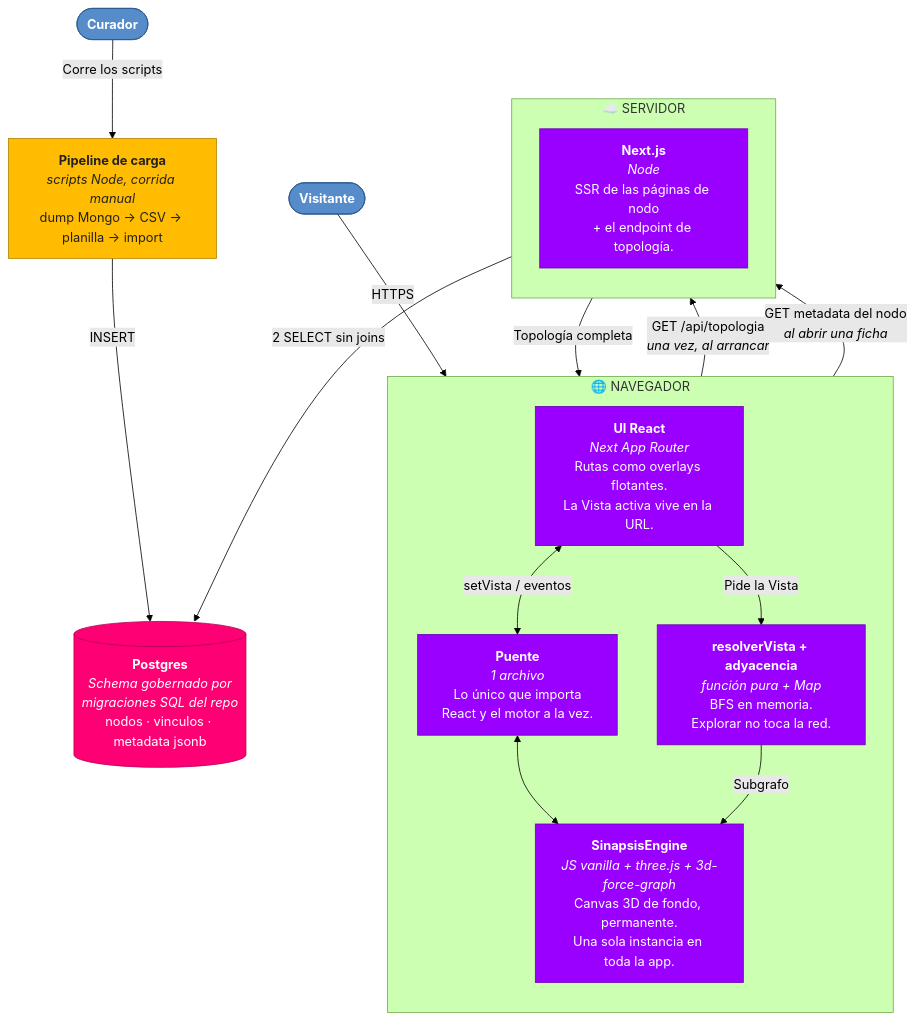
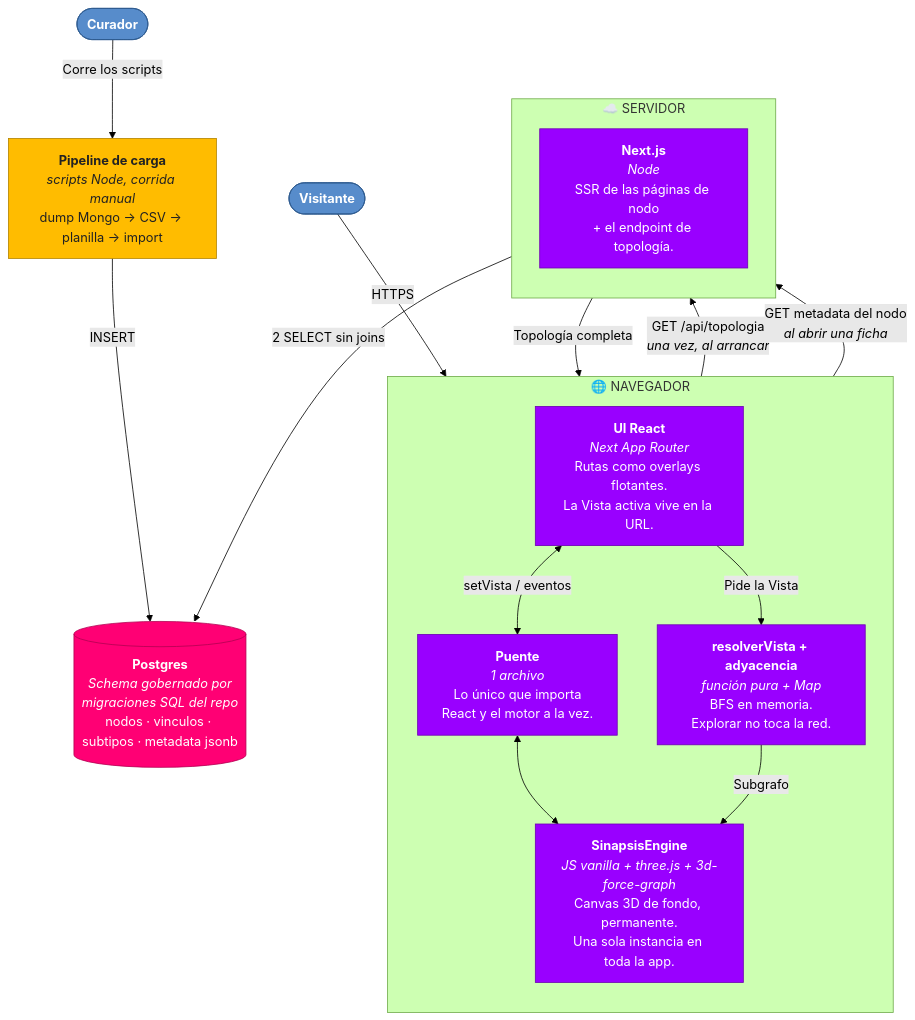
One commit to TropicalPoncho/sinapsis-front changed the second of 5 diagrams in docs/ARCHITECTURE.md. Above: the diagram before and after it, drawn with Mermaid (forest theme). The commit also changed other lines of this file and 11 other files, not shown here.

````diff
--- a/docs/ARCHITECTURE.md
+++ b/docs/ARCHITECTURE.md
@@ -62,47 +62,47 @@
 ```mermaid
 flowchart TB
     visitante(["<b>Visitante</b>"])
     curador(["<b>Curador</b>"])
 
     subgraph navegador["🌐 NAVEGADOR"]
         direction TB
         ui["<b>UI React</b><br/><i>Next App Router</i><br/>Rutas como overlays flotantes.<br/>La Vista activa vive en la URL."]
         puente["<b>Puente</b><br/><i>1 archivo</i><br/>Lo único que importa<br/>React y el motor a la vez."]
         motor["<b>SinapsisEngine</b><br/><i>JS vanilla + three.js + 3d-force-graph</i><br/>Canvas 3D de fondo, permanente.<br/>Una sola instancia en toda la app."]
         grafo["<b>resolverVista + adyacencia</b><br/><i>función pura + Map</i><br/>BFS en memoria.<br/>Explorar no toca la red."]
     end
 
     subgraph servidor["☁️ SERVIDOR"]
         direction TB
         next["<b>Next.js</b><br/><i>Node</i><br/>SSR de las páginas de nodo<br/>+ el endpoint de topología."]
     end
 
-    pg[("<b>Postgres</b><br/><i>Schema gobernado por<br/>migraciones SQL del repo</i><br/>nodos · vinculos · metadata jsonb")]
+    pg[("<b>Postgres</b><br/><i>Schema gobernado por<br/>migraciones SQL del repo</i><br/>nodos · vinculos · subtipos · metadata jsonb")]
 
     carga["<b>Pipeline de carga</b><br/><i>scripts Node, corrida manual</i><br/>dump Mongo → CSV → planilla → import"]
 
     visitante -->|"HTTPS"| ui
     curador -->|"Corre los scripts"| carga
 
     ui <-->|"setVista / eventos"| puente
     puente <--> motor
     ui -->|"Pide la Vista"| grafo
     grafo -->|"Subgrafo"| motor
 
     ui -->|"GET /api/topologia<br/><i>una vez, al arrancar</i>"| next
     next -->|"Topología completa"| grafo
     ui -->|"GET metadata del nodo<br/><i>al abrir una ficha</i>"| next
 
     next -->|"2 SELECT sin joins"| pg
     carga -->|"INSERT"| pg
 
     classDef persona fill:#578CCB,stroke:#2c5a8f,color:#fff
     classDef contenedor fill:#9900FF,stroke:#6b00b3,color:#fff
     classDef datos fill:#FF0074,stroke:#b30052,color:#fff
     classDef script fill:#FFBC00,stroke:#b38400,color:#222
 
     class visitante,curador persona
     class ui,puente,motor,grafo,next contenedor
     class pg datos
     class carga script
 ```
````
